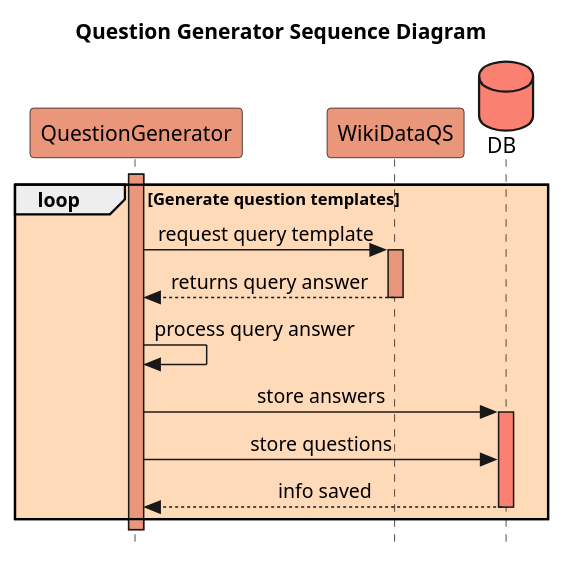
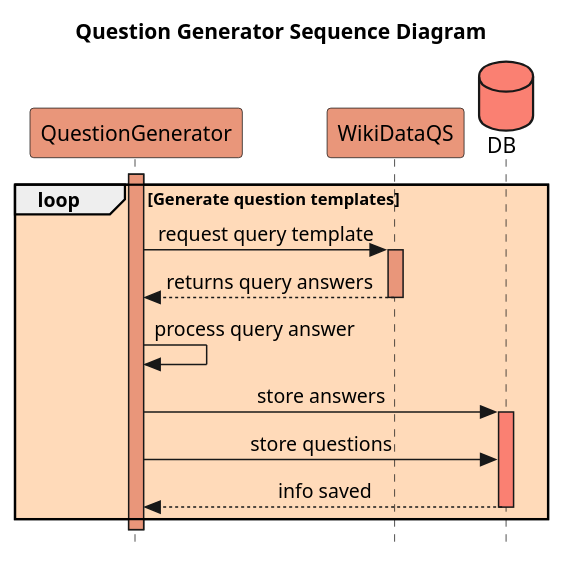
Before and after one commit to Arquisoft/wiq_en2b: the diagram in docs/diagrams/sequence/SequenceDiagramQuestionGeneration.puml, drawn with PlantUML.

Commit message:
fix: solved typo

```diff
--- a/docs/diagrams/sequence/SequenceDiagramQuestionGeneration.puml
+++ b/docs/diagrams/sequence/SequenceDiagramQuestionGeneration.puml
@@ -1,24 +1,24 @@
 @startuml question generator
 title Question Generator Sequence Diagram
 participant QuestionGenerator #darksalmon
 participant WikiDataQS #darksalmon
 database DB #salmon
 skinparam Style strictuml
 skinparam SequenceMessageAlignment center
 
 loop #PeachPuff Generate question templates
 activate QuestionGenerator #darksalmon
 QuestionGenerator -> WikiDataQS  : request query template
 activate WikiDataQS #darksalmon
-QuestionGenerator <-- WikiDataQS  : returns query answer
+QuestionGenerator <-- WikiDataQS  : returns query answers
 deactivate WikiDataQS
 QuestionGenerator -> QuestionGenerator  : process query answer
 QuestionGenerator -> DB  : store answers
 activate DB #salmon
 QuestionGenerator -> DB  : store questions
 DB --> QuestionGenerator  :  info saved
 deactivate DB
 end loop
 
 deactivate QuestionGenerator
 @enduml
```
